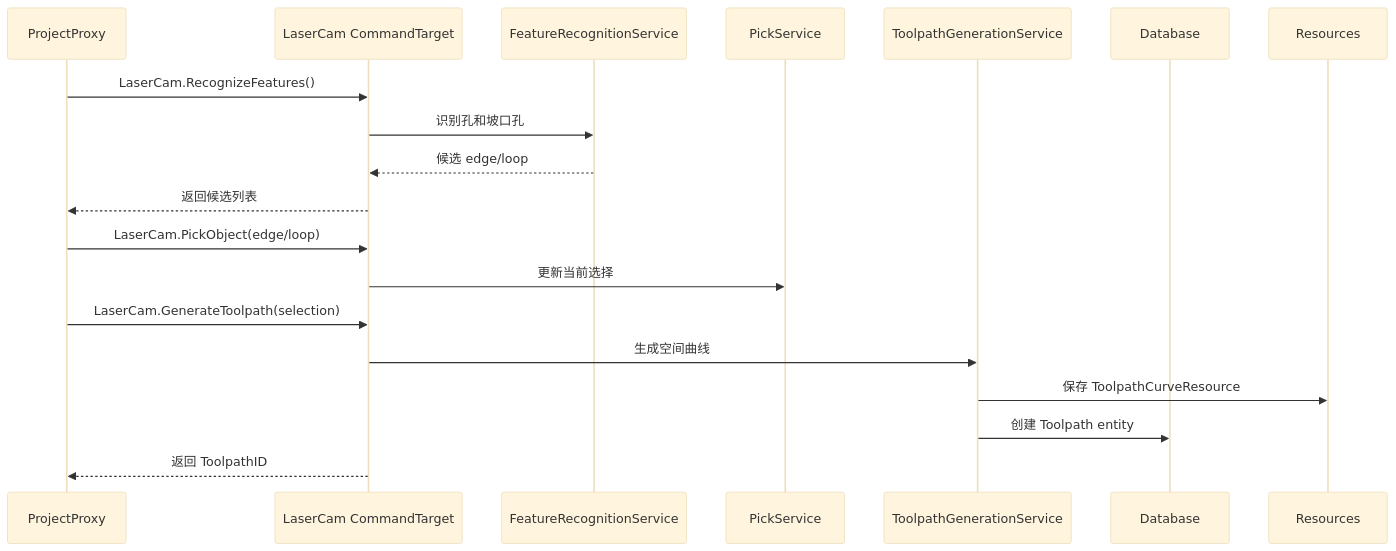
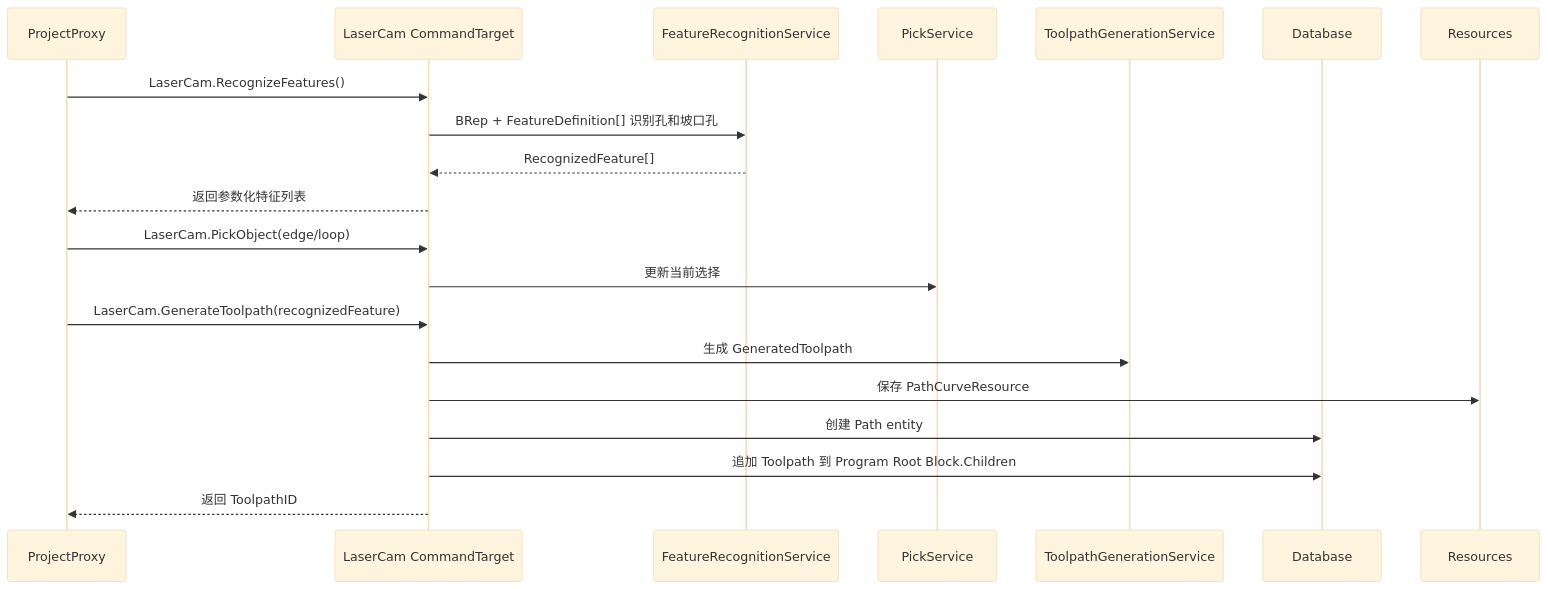
Before and after one commit to penguinchiang0609-ui/iCAX: the fourth of 6 diagrams in doc/iCAX-Engine/Products/Laser3DCAM/三维线条切割CAM产品方案文档.md, drawn with Mermaid (base theme). The commit also changed other lines of this file and 248 other files, not shown here.

Commit message:
Refactor geometry foundation and laser CAM plugin

````diff
--- a/doc/iCAX-Engine/Products/Laser3DCAM/三维线条切割CAM产品方案文档.md
+++ b/doc/iCAX-Engine/Products/Laser3DCAM/三维线条切割CAM产品方案文档.md
@@ -802,22 +853,23 @@
 ```mermaid
 sequenceDiagram
     participant UI as ProjectProxy
     participant Cmd as LaserCam CommandTarget
     participant Rec as FeatureRecognitionService
     participant Pick as PickService
     participant Gen as ToolpathGenerationService
     participant Repo as Database
     participant Res as Resources
 
     UI->>Cmd: LaserCam.RecognizeFeatures()
-    Cmd->>Rec: 识别孔和坡口孔
-    Rec-->>Cmd: 候选 edge/loop
-    Cmd-->>UI: 返回候选列表
+    Cmd->>Rec: BRep + FeatureDefinition[] 识别孔和坡口孔
+    Rec-->>Cmd: RecognizedFeature[]
+    Cmd-->>UI: 返回参数化特征列表
     UI->>Cmd: LaserCam.PickObject(edge/loop)
     Cmd->>Pick: 更新当前选择
-    UI->>Cmd: LaserCam.GenerateToolpath(selection)
-    Cmd->>Gen: 生成空间曲线
-    Gen->>Res: 保存 ToolpathCurveResource
-    Gen->>Repo: 创建 Toolpath entity
+    UI->>Cmd: LaserCam.GenerateToolpath(recognizedFeature)
+    Cmd->>Gen: 生成 GeneratedToolpath
+    Cmd->>Res: 保存 PathCurveResource
+    Cmd->>Repo: 创建 Path entity
+    Cmd->>Repo: 追加 Toolpath 到 Program Root Block.Children
     Cmd-->>UI: 返回 ToolpathID
 ```
````
